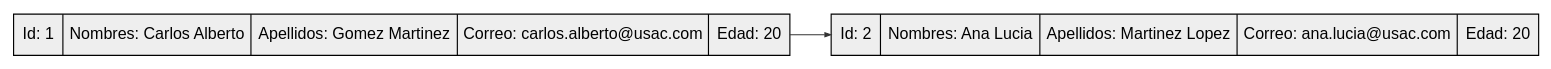
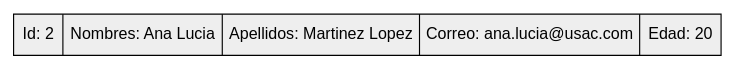
One commit to 0520Jose/-EDD-1S2025_202300539 changed the diagram in Fase2/AutoGestPro/Reportes/ReporteUsuarios.dot. Above: the diagram before and after it, drawn with Graphviz. The commit also changed 15 other files, not shown here.

```diff
--- a/Fase2/AutoGestPro/Reportes/ReporteUsuarios.dot
+++ b/Fase2/AutoGestPro/Reportes/ReporteUsuarios.dot
@@ -1,28 +1,26 @@
 digraph G {
 node [shape=record];
 rankdir=LR;
 node [height=0.5];
 node [width=0.5];
 node [shape=record];
 node [style=filled];
 node [fillcolor="#EEEEEE"];
 node [fontname="Arial"];
 edge [fontname="Arial"];
 edge [fontsize=8];
 edge [fontcolor="#333333"];
 edge [labelfloat=false];
 edge [decorate=true];
 edge [style="solid"];
 edge [color="#333333"];
 edge [dir="forward"];
 edge [arrowhead="normal"];
 edge [arrowsize="0.5"];
 edge [arrowtail="normal"];
 edge [taillabel=""];
 edge [headlabel=""];
 edge [label=""];
 edge [weight="1"];
-"1" [label="{<f0> Id: 1 | <f1> Nombres: Carlos Alberto | <f2> Apellidos: Gomez Martinez | <f3> Correo: carlos.alberto@usac.com | <f4> Edad: 20 }"];
-"1" -> "2";
 "2" [label="{<f0> Id: 2 | <f1> Nombres: Ana Lucia | <f2> Apellidos: Martinez Lopez | <f3> Correo: ana.lucia@usac.com | <f4> Edad: 20 }"];
 }
```
